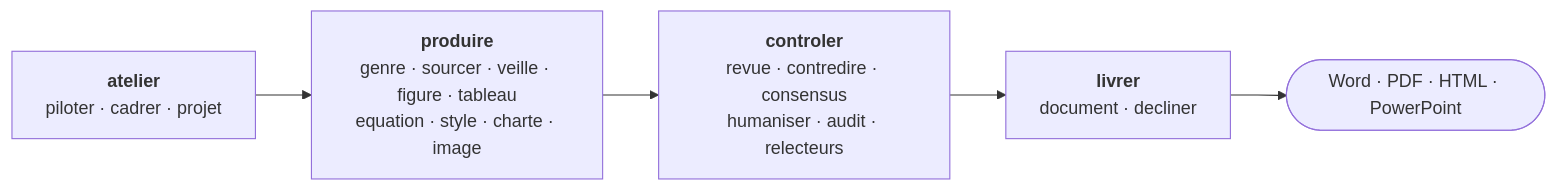
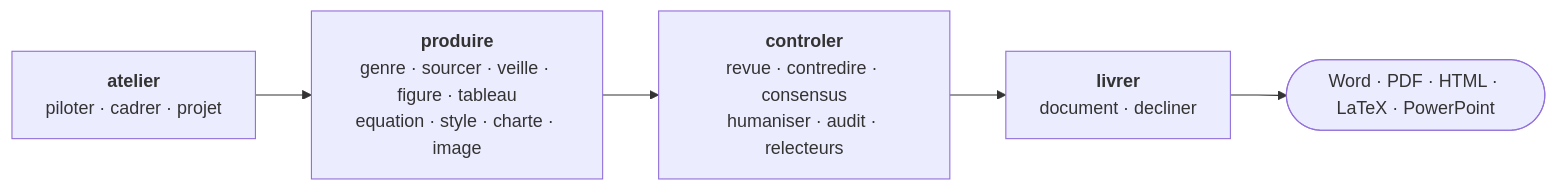
One commit to MariusYvard/Scriptorium changed the diagram in README.md. Above: the diagram before and after it, drawn with Mermaid. The commit also changed other lines of this file and 9 other files, not shown here.

````diff
--- a/README.md
+++ b/README.md
@@ -20,7 +58,7 @@
 ```mermaid
 flowchart LR
   A["<b>atelier</b><br/>piloter · cadrer · projet"] --> P["<b>produire</b><br/>genre · sourcer · veille · figure · tableau<br/>equation · style · charte · image"]
   P --> C["<b>controler</b><br/>revue · contredire · consensus<br/>humaniser · audit · relecteurs"]
   C --> L["<b>livrer</b><br/>document · decliner"]
-  L --> O(["Word · PDF · HTML · PowerPoint"])
+  L --> O(["Word · PDF · HTML · LaTeX · PowerPoint"])
 ```
````
